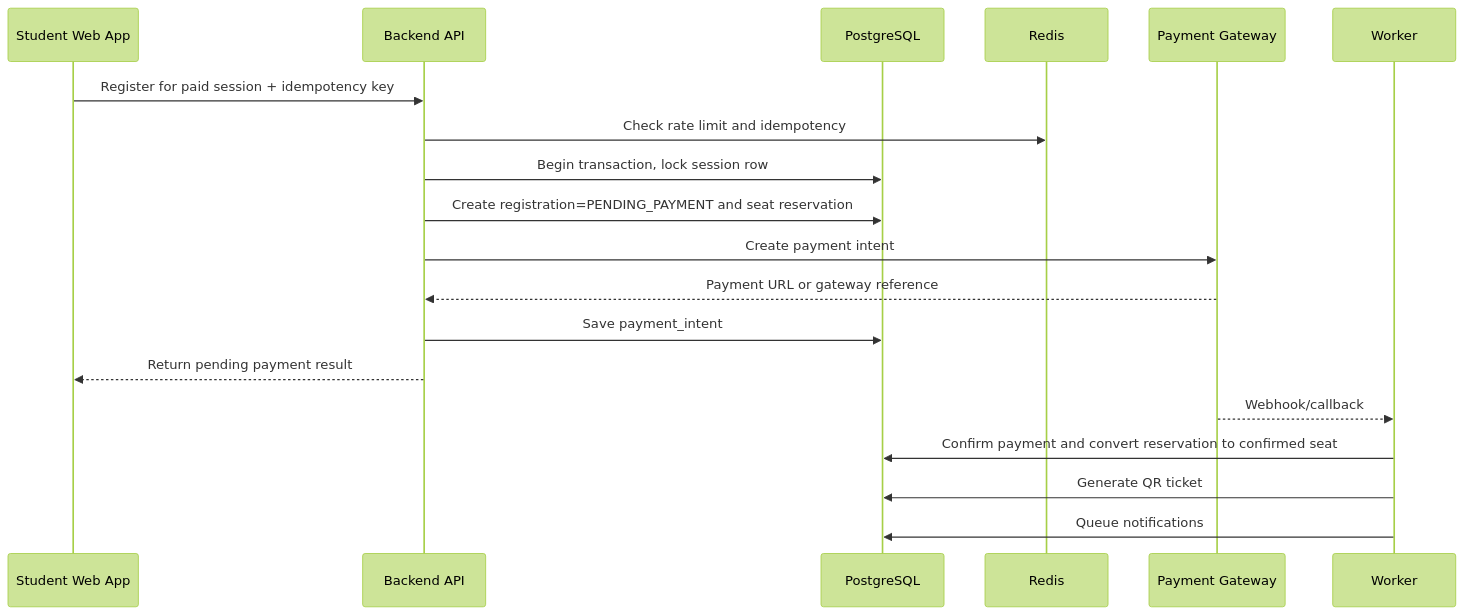
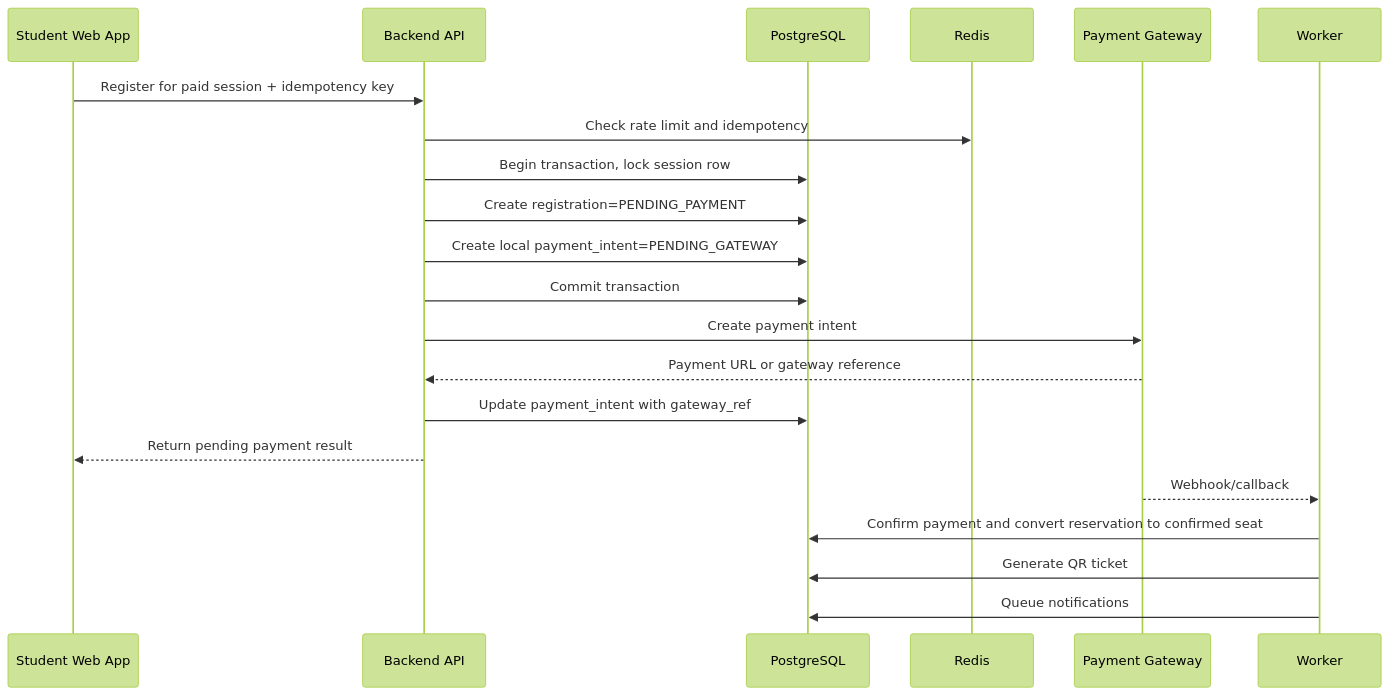
Before and after one commit to NguyenThanhTien539/unihub-workshop-system: the fifth of 7 diagrams in blueprint/design.md, drawn with Mermaid (forest theme). The commit also changed other lines of this file and 7 other files, not shown here.

````diff
--- a/blueprint/design.md
+++ b/blueprint/design.md
@@ -248,22 +439,24 @@
 ```mermaid
 sequenceDiagram
     participant S as Student Web App
     participant API as Backend API
     participant DB as PostgreSQL
     participant R as Redis
     participant P as Payment Gateway
     participant W as Worker
 
     S->>API: Register for paid session + idempotency key
     API->>R: Check rate limit and idempotency
     API->>DB: Begin transaction, lock session row
-    API->>DB: Create registration=PENDING_PAYMENT and seat reservation
+    API->>DB: Create registration=PENDING_PAYMENT
+    API->>DB: Create local payment_intent=PENDING_GATEWAY
+    API->>DB: Commit transaction
     API->>P: Create payment intent
     P-->>API: Payment URL or gateway reference
-    API->>DB: Save payment_intent
+    API->>DB: Update payment_intent with gateway_ref
     API-->>S: Return pending payment result
     P-->>W: Webhook/callback
     W->>DB: Confirm payment and convert reservation to confirmed seat
     W->>DB: Generate QR ticket
     W->>DB: Queue notifications
 ```
````
